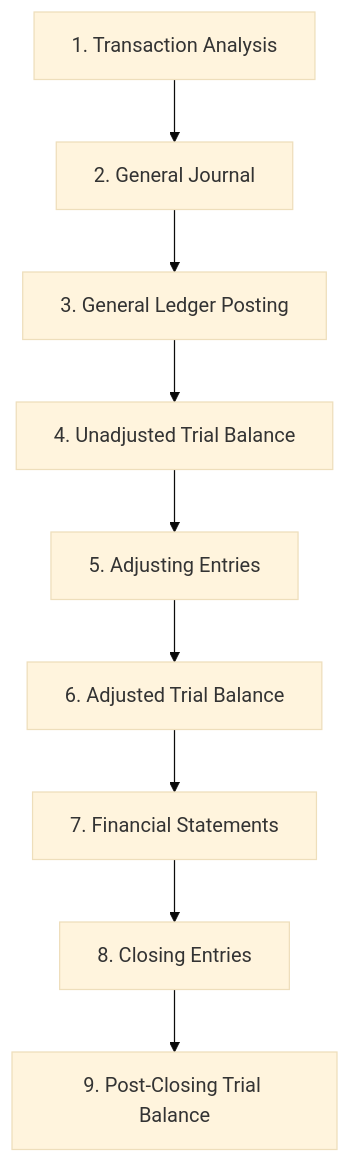
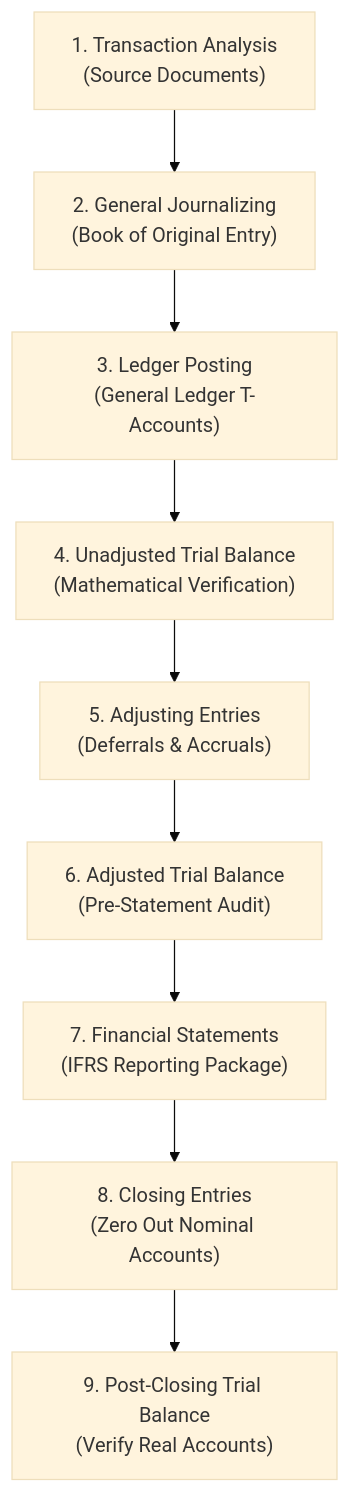
The first of 2 diagrams in note-res/ai-comprehension/acc-301-intermediate-accounting/phase-1/acc-301-notes-step-2.md (Soohaeib/shared-obsidian-notes), drawn with Mermaid (base theme) before and after one commit. The commit also changed other lines of this file and 12 other files, not shown here.

````diff
--- a/note-res/ai-comprehension/acc-301-intermediate-accounting/phase-1/acc-301-notes-step-2.md
+++ b/note-res/ai-comprehension/acc-301-intermediate-accounting/phase-1/acc-301-notes-step-2.md
@@ -64,11 +67,11 @@
 ```mermaid
 flowchart TD
-    A[1. Transaction Analysis] --> B[2. General Journal]
-    B --> C[3. General Ledger Posting]
-    C --> D[4. Unadjusted Trial Balance]
-    D --> E[5. Adjusting Entries]
-    E --> F[6. Adjusted Trial Balance]
-    F --> G[7. Financial Statements]
-    G --> H[8. Closing Entries]
-    H --> I[9. Post-Closing Trial Balance]
+    Step1["1. Transaction Analysis\n(Source Documents)"] --> Step2["2. General Journalizing\n(Book of Original Entry)"]
+    Step2 --> Step3["3. Ledger Posting\n(General Ledger T-Accounts)"]
+    Step3 --> Step4["4. Unadjusted Trial Balance\n(Mathematical Verification)"]
+    Step4 --> Step5["5. Adjusting Entries\n(Deferrals & Accruals)"]
+    Step5 --> Step6["6. Adjusted Trial Balance\n(Pre-Statement Audit)"]
+    Step6 --> Step7["7. Financial Statements\n(IFRS Reporting Package)"]
+    Step7 --> Step8["8. Closing Entries\n(Zero Out Nominal Accounts)"]
+    Step8 --> Step9["9. Post-Closing Trial Balance\n(Verify Real Accounts)"]
 ```
````
